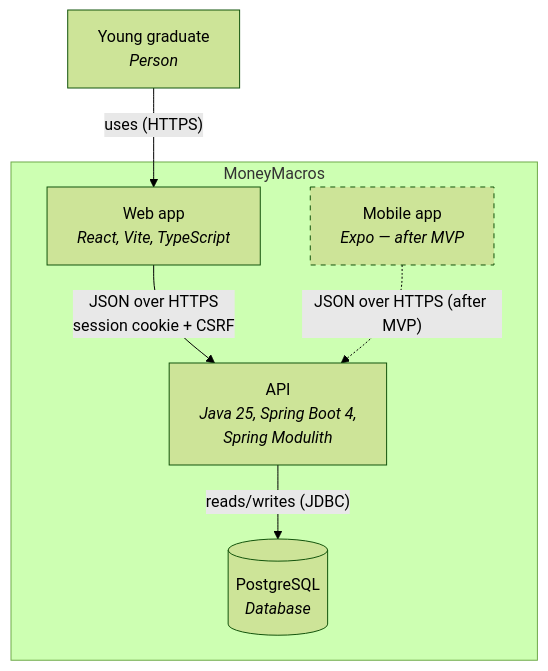
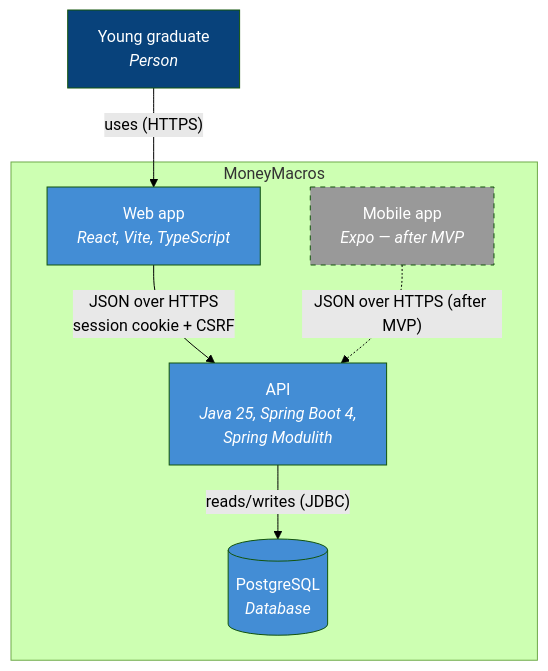
One commit to ilyas8888/moneymacros changed the second of 5 diagrams in docs/ARCHITECTURE.md. Above: the diagram before and after it, drawn with Mermaid (forest theme). The commit also changed other lines of this file and 3 other files, not shown here.

````diff
--- a/docs/ARCHITECTURE.md
+++ b/docs/ARCHITECTURE.md
@@ -39,19 +43,23 @@
 ```mermaid
 flowchart TB
     graduate["Young graduate<br/><i>Person</i>"]
 
     subgraph mm["MoneyMacros"]
         web["Web app<br/><i>React, Vite, TypeScript</i>"]
         api["API<br/><i>Java 25, Spring Boot 4,<br/>Spring Modulith</i>"]
         db[("PostgreSQL<br/><i>Database</i>")]
         mobile["Mobile app<br/><i>Expo — after MVP</i>"]
     end
 
     graduate -->|"uses (HTTPS)"| web
     web -->|"JSON over HTTPS<br/>session cookie + CSRF"| api
     api -->|"reads/writes (JDBC)"| db
     mobile -.->|"JSON over HTTPS (after MVP)"| api
 
-    classDef future stroke-dasharray: 5 5;
+    classDef person fill:#08427B,color:#ffffff;
+    classDef container fill:#438DD5,color:#ffffff;
+    classDef future fill:#999999,color:#ffffff,stroke-dasharray:5 5;
+    class graduate person;
+    class web,api,db container;
     class mobile future;
 ```
````
